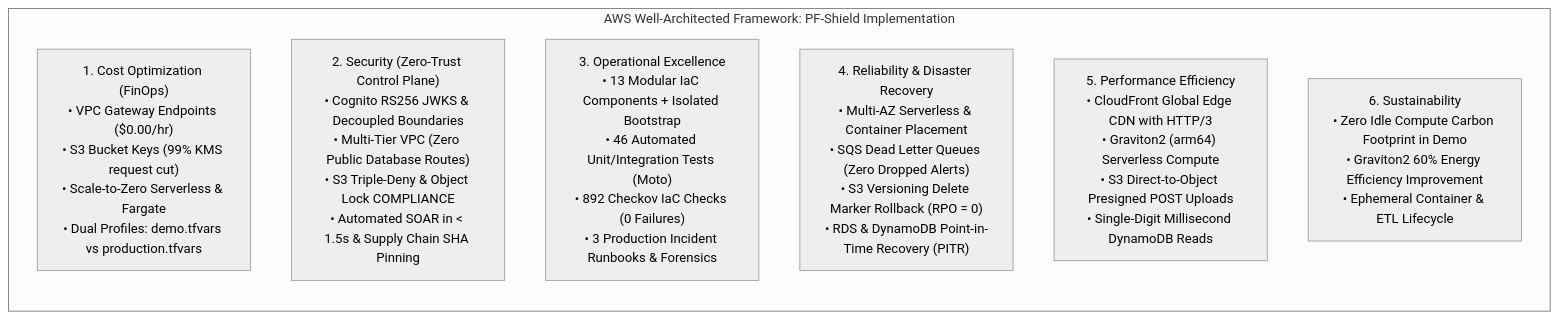
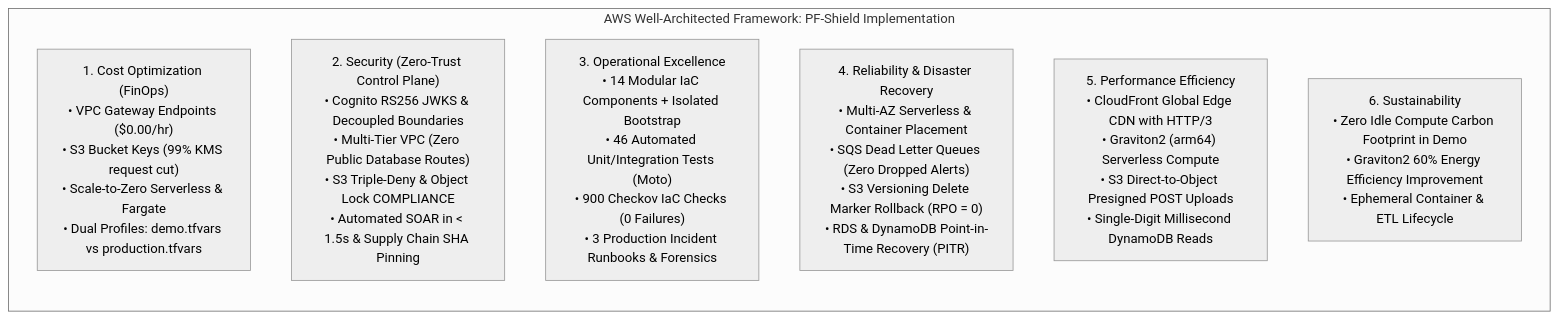
Before and after one commit to yousef-usama/pf-shield-cloud-security: the diagram in docs/WELL_ARCHITECTED_REVIEW.md, drawn with Mermaid (neutral theme). The commit also changed other lines of this file and 19 other files, not shown here.

````diff
--- a/docs/WELL_ARCHITECTED_REVIEW.md
+++ b/docs/WELL_ARCHITECTED_REVIEW.md
@@ -13,12 +13,12 @@
 ```mermaid
 flowchart TD
     subgraph SixPillars ["AWS Well-Architected Framework: PF-Shield Implementation"]
         direction TB
         P1["1. Cost Optimization (FinOps)<br/>• VPC Gateway Endpoints ($0.00/hr)<br/>• S3 Bucket Keys (99% KMS request cut)<br/>• Scale-to-Zero Serverless & Fargate<br/>• Dual Profiles: demo.tfvars vs production.tfvars"]
         P2["2. Security (Zero-Trust Control Plane)<br/>• Cognito RS256 JWKS & Decoupled Boundaries<br/>• Multi-Tier VPC (Zero Public Database Routes)<br/>• S3 Triple-Deny & Object Lock COMPLIANCE<br/>• Automated SOAR in < 1.5s & Supply Chain SHA Pinning"]
-        P3["3. Operational Excellence<br/>• 13 Modular IaC Components + Isolated Bootstrap<br/>• 46 Automated Unit/Integration Tests (Moto)<br/>• 892 Checkov IaC Checks (0 Failures)<br/>• 3 Production Incident Runbooks & Forensics"]
+        P3["3. Operational Excellence<br/>• 14 Modular IaC Components + Isolated Bootstrap<br/>• 46 Automated Unit/Integration Tests (Moto)<br/>• 900 Checkov IaC Checks (0 Failures)<br/>• 3 Production Incident Runbooks & Forensics"]
         P4["4. Reliability & Disaster Recovery<br/>• Multi-AZ Serverless & Container Placement<br/>• SQS Dead Letter Queues (Zero Dropped Alerts)<br/>• S3 Versioning Delete Marker Rollback (RPO = 0)<br/>• RDS & DynamoDB Point-in-Time Recovery (PITR)"]
         P5["5. Performance Efficiency<br/>• CloudFront Global Edge CDN with HTTP/3<br/>• Graviton2 (arm64) Serverless Compute<br/>• S3 Direct-to-Object Presigned POST Uploads<br/>• Single-Digit Millisecond DynamoDB Reads"]
         P6["6. Sustainability<br/>• Zero Idle Compute Carbon Footprint in Demo<br/>• Graviton2 60% Energy Efficiency Improvement<br/>• Ephemeral Container & ETL Lifecycle"]
     end
 ```
````
